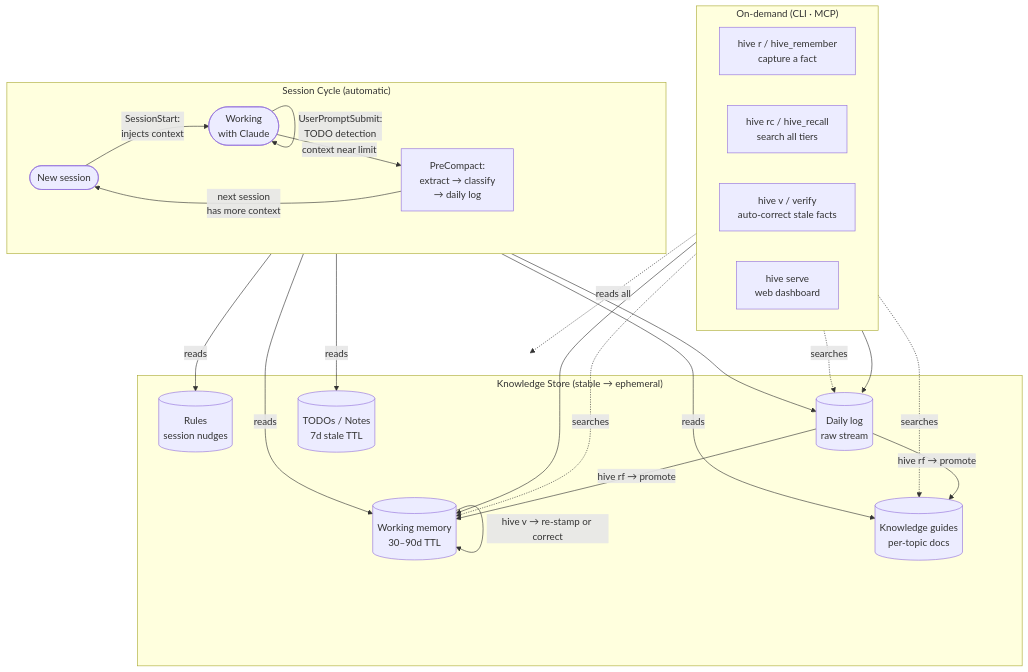
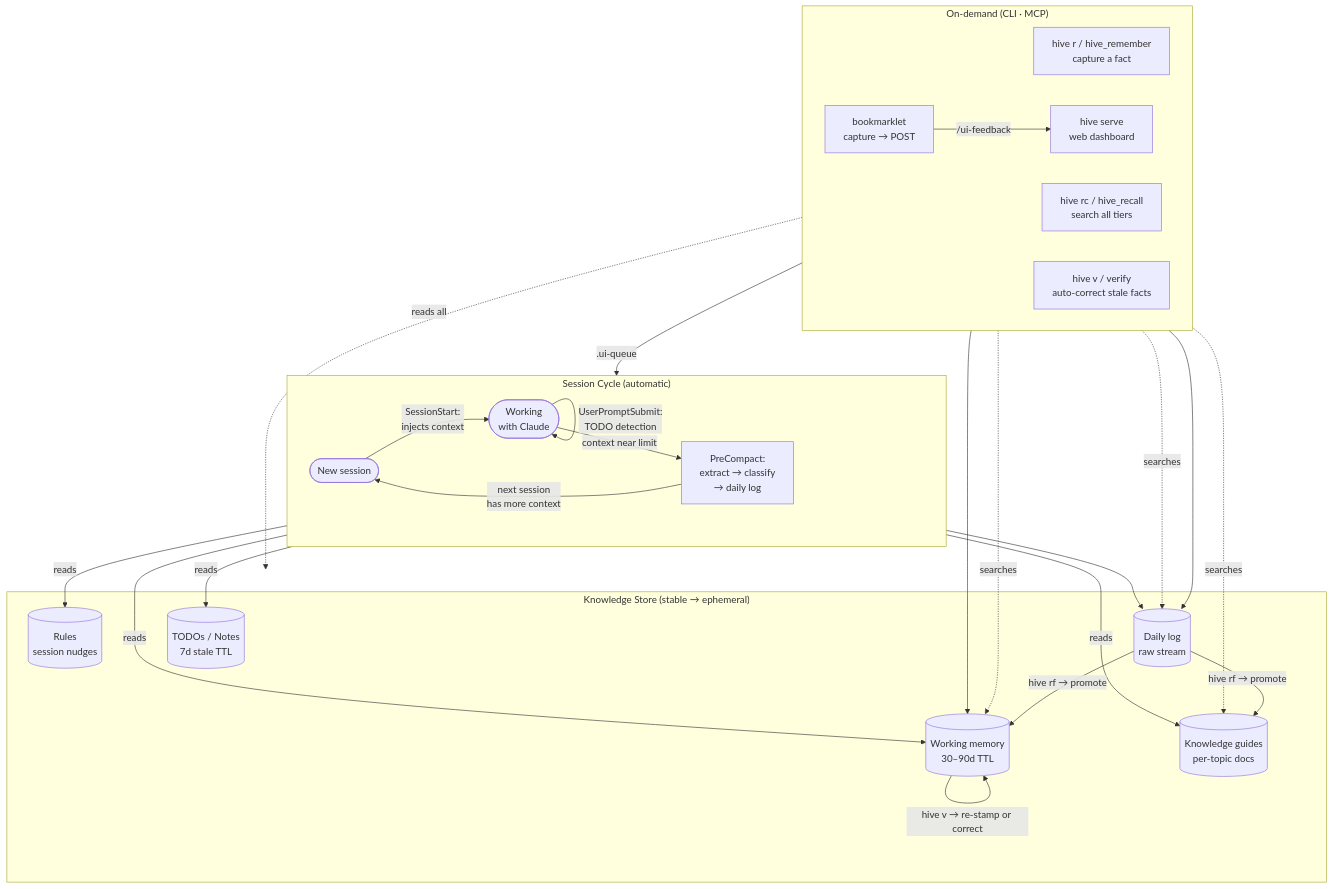
The diagram in README.md (joryeugene/keephive), drawn with Mermaid before and after one commit. The commit also changed other lines of this file and 8 other files, not shown here.

First line of the commit message:
docs: bookmarklet walkthrough, --hot flag, architecture diagrams, lint fixes

````diff
--- a/README.md
+++ b/README.md
@@ -103,38 +103,41 @@
 ```mermaid
 flowchart TD
     subgraph CYCLE["Session Cycle (automatic)"]
         direction LR
         START([New session]) -->|SessionStart:\ninjects context| WORK([Working\nwith Claude])
         WORK -->|PostToolUse:\nperiodic nudge| WORK
         WORK -->|UserPromptSubmit:\nTODO detection| WORK
         WORK -->|context near limit| PC[PreCompact:\nextract → classify\n→ daily log]
         PC -->|next session\nhas more context| START
     end
 
     subgraph STORE["Knowledge Store (stable → ephemeral)"]
         MEM[("Working memory\n30–90d TTL")]
         GUIDES[("Knowledge guides\nper-topic docs")]
         RULES[("Rules\nsession nudges")]
         LOG[("Daily log\nraw stream")]
         TODOS[("TODOs / Notes\n7d stale TTL")]
     end
 
     subgraph MANUAL["On-demand (CLI · MCP)"]
         direction LR
         REM["hive r / hive_remember\ncapture a fact"]
         RCL["hive rc / hive_recall\nsearch all tiers"]
         VRF["hive v / verify\nauto-correct stale facts"]
         DASH["hive serve\nweb dashboard"]
+        BOOK["bookmarklet\ncapture → POST"]
     end
 
     START -->|reads| MEM & GUIDES & RULES & TODOS
     PC --> LOG
     LOG -->|"hive rf → promote"| MEM
     LOG -->|"hive rf → promote"| GUIDES
     MEM -->|"hive v → re-stamp or correct"| MEM
 
     REM --> LOG
     RCL -.->|searches| MEM & GUIDES & LOG
     VRF --> MEM
     DASH -.->|reads all| STORE
+    BOOK -->|"/ui-feedback"| DASH
+    DASH -->|".ui-queue"| WORK
 ```
````
